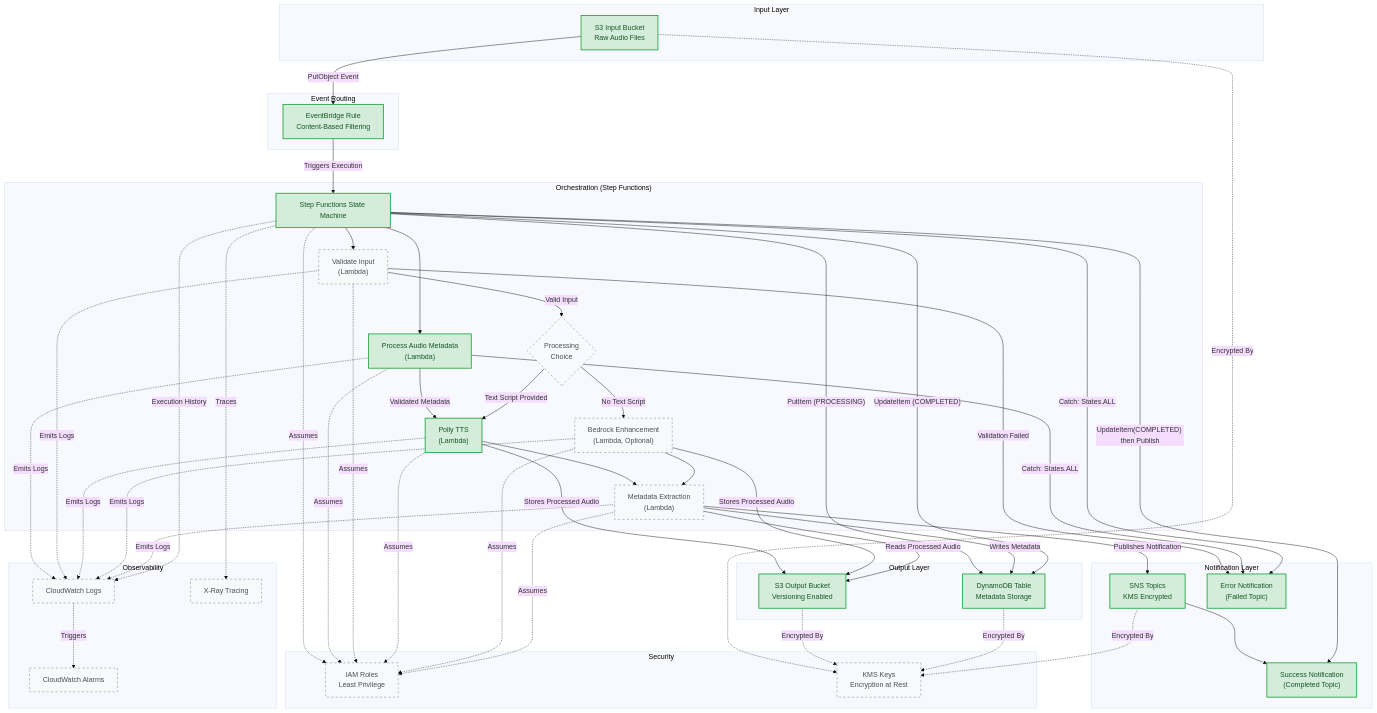
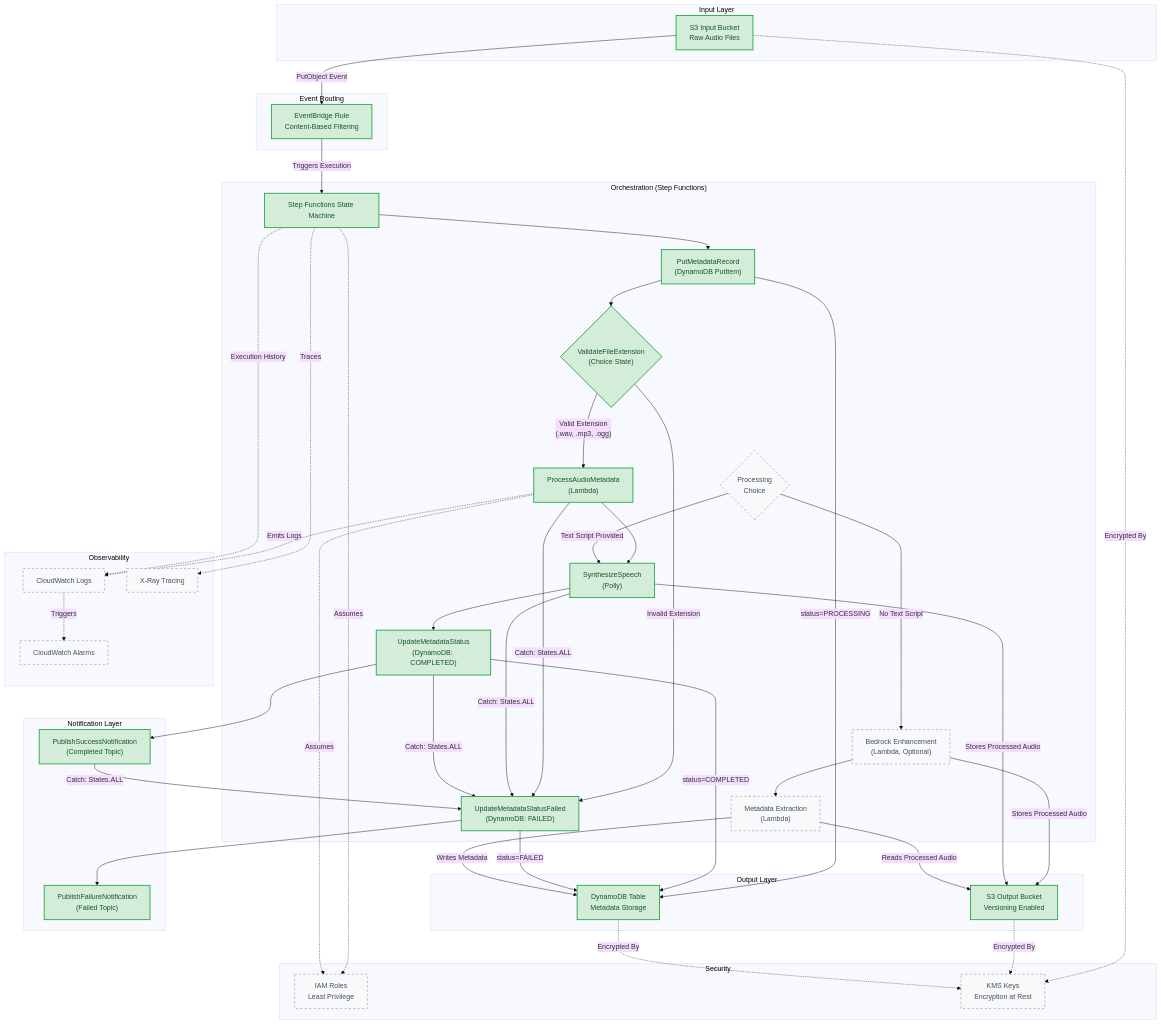
One commit to obstreperous-ai/cdk-sleep-java-kiro changed the diagram in ARCHITECTURE.md. Above: the diagram before and after it, drawn with Mermaid (base theme). The commit also changed other lines of this file and 1 other file, not shown here.

Commit message:
docs: update ARCHITECTURE.md with input validation and refined pipeline diagram

```diff
--- a/ARCHITECTURE.md
+++ b/ARCHITECTURE.md
@@ -260,10 +290,13 @@
 
     subgraph Orchestration["Orchestration (Step Functions)"]
         SFN["Step Functions State Machine"]
-        ProcessAudio["Process Audio Metadata\n(Lambda)"]
-        Validate["Validate Input\n(Lambda)"]
+        PutMetadata["PutMetadataRecord\n(DynamoDB PutItem)"]
+        ValidateExt{"ValidateFileExtension\n(Choice State)"}
+        ProcessAudio["ProcessAudioMetadata\n(Lambda)"]
+        PollyTTS["SynthesizeSpeech\n(Polly)"]
+        UpdateCompleted["UpdateMetadataStatus\n(DynamoDB: COMPLETED)"]
+        UpdateFailed["UpdateMetadataStatusFailed\n(DynamoDB: FAILED)"]
         Choice{"Processing\nChoice"}
-        PollyTTS["Polly TTS\n(Lambda)"]
         BedrockEnhance["Bedrock Enhancement\n(Lambda, Optional)"]
         MetadataExtract["Metadata Extraction\n(Lambda)"]
     end
@@ -274,9 +307,8 @@
     end
 
     subgraph Notification["Notification Layer"]
-        SNSTopic["SNS Topics\nKMS Encrypted"]
-        SuccessPath["Success Notification\n(Completed Topic)"]
-        ErrorPath["Error Notification\n(Failed Topic)"]
+        SuccessPath["PublishSuccessNotification\n(Completed Topic)"]
+        ErrorPath["PublishFailureNotification\n(Failed Topic)"]
     end
 
     subgraph Observability["Observability"]
@@ -290,38 +322,38 @@
         KMSKeys["KMS Keys\nEncryption at Rest"]
     end
 
-    %% Main data flow
+    %% Main data flow - implemented pipeline
     S3Input -->|"PutObject Event"| EBRule
     EBRule -->|"Triggers Execution"| SFN
-    SFN -->|"PutItem (PROCESSING)"| DDB
-    SFN --> ProcessAudio
-    ProcessAudio -->|"Validated Metadata"| PollyTTS
-    SFN --> Validate
-    Validate -->|"Valid Input"| Choice
+    SFN --> PutMetadata
+    PutMetadata -->|"status=PROCESSING"| DDB
+    PutMetadata --> ValidateExt
+    ValidateExt -->|"Valid Extension\n(.wav, .mp3, .ogg)"| ProcessAudio
+    ValidateExt -->|"Invalid Extension"| UpdateFailed
+    ProcessAudio --> PollyTTS
+    PollyTTS --> UpdateCompleted
+    UpdateCompleted -->|"status=COMPLETED"| DDB
+    UpdateCompleted --> SuccessPath
+
+    %% Error/Catch flow
+    ProcessAudio -->|"Catch: States.ALL"| UpdateFailed
+    PollyTTS -->|"Catch: States.ALL"| UpdateFailed
+    UpdateCompleted -->|"Catch: States.ALL"| UpdateFailed
+    SuccessPath -->|"Catch: States.ALL"| UpdateFailed
+    UpdateFailed -->|"status=FAILED"| DDB
+    UpdateFailed --> ErrorPath
+
+    %% Planned data flow
     Choice -->|"Text Script Provided"| PollyTTS
     Choice -->|"No Text Script"| BedrockEnhance
+    BedrockEnhance -->|"Stores Processed Audio"| S3Output
     PollyTTS -->|"Stores Processed Audio"| S3Output
-    BedrockEnhance -->|"Stores Processed Audio"| S3Output
-    PollyTTS --> MetadataExtract
     BedrockEnhance --> MetadataExtract
     MetadataExtract -->|"Reads Processed Audio"| S3Output
     MetadataExtract -->|"Writes Metadata"| DDB
-    SFN -->|"UpdateItem (COMPLETED)"| DDB
-    MetadataExtract -->|"Publishes Notification"| SNSTopic
-    SNSTopic --> SuccessPath
-
-    %% Error flow
-    Validate -->|"Validation Failed"| ErrorPath
-    ProcessAudio -->|"Catch: States.ALL"| ErrorPath
-    SFN -->|"Catch: States.ALL"| ErrorPath
-    SFN -->|"UpdateItem(COMPLETED) then Publish"| SuccessPath
 
     %% Observability connections
     ProcessAudio -.->|"Emits Logs"| CWLogs
-    Validate -.->|"Emits Logs"| CWLogs
-    PollyTTS -.->|"Emits Logs"| CWLogs
-    BedrockEnhance -.->|"Emits Logs"| CWLogs
-    MetadataExtract -.->|"Emits Logs"| CWLogs
     SFN -.->|"Execution History"| CWLogs
     CWLogs -.->|"Triggers"| CWAlarms
     SFN -.->|"Traces"| XRay
@@ -330,20 +362,15 @@
     S3Input -.->|"Encrypted By"| KMSKeys
     S3Output -.->|"Encrypted By"| KMSKeys
     DDB -.->|"Encrypted By"| KMSKeys
-    SNSTopic -.->|"Encrypted By"| KMSKeys
     SFN -.->|"Assumes"| IAMRoles
     ProcessAudio -.->|"Assumes"| IAMRoles
-    Validate -.->|"Assumes"| IAMRoles
-    PollyTTS -.->|"Assumes"| IAMRoles
-    BedrockEnhance -.->|"Assumes"| IAMRoles
-    MetadataExtract -.->|"Assumes"| IAMRoles
 
     %% Styling: Green for implemented components, gray/dashed for planned
     classDef implemented fill:#d4edda,stroke:#28a745,stroke-width:2px,color:#155724
     classDef planned fill:#f8f9fa,stroke:#6c757d,stroke-width:1px,stroke-dasharray:5 5,color:#495057
 
-    class S3Input,S3Output,EBRule,SFN,PollyTTS,DDB,SNSTopic,SuccessPath,ErrorPath,ProcessAudio implemented
-    class Validate,Choice,BedrockEnhance,MetadataExtract,CWLogs,CWAlarms,XRay,IAMRoles,KMSKeys planned
+    class S3Input,S3Output,EBRule,SFN,PutMetadata,ValidateExt,ProcessAudio,PollyTTS,UpdateCompleted,UpdateFailed,DDB,SuccessPath,ErrorPath implemented
+    class Choice,BedrockEnhance,MetadataExtract,CWLogs,CWAlarms,XRay,IAMRoles,KMSKeys planned
 
     %% Legend:
     %% Green (solid border) = Implemented
```
